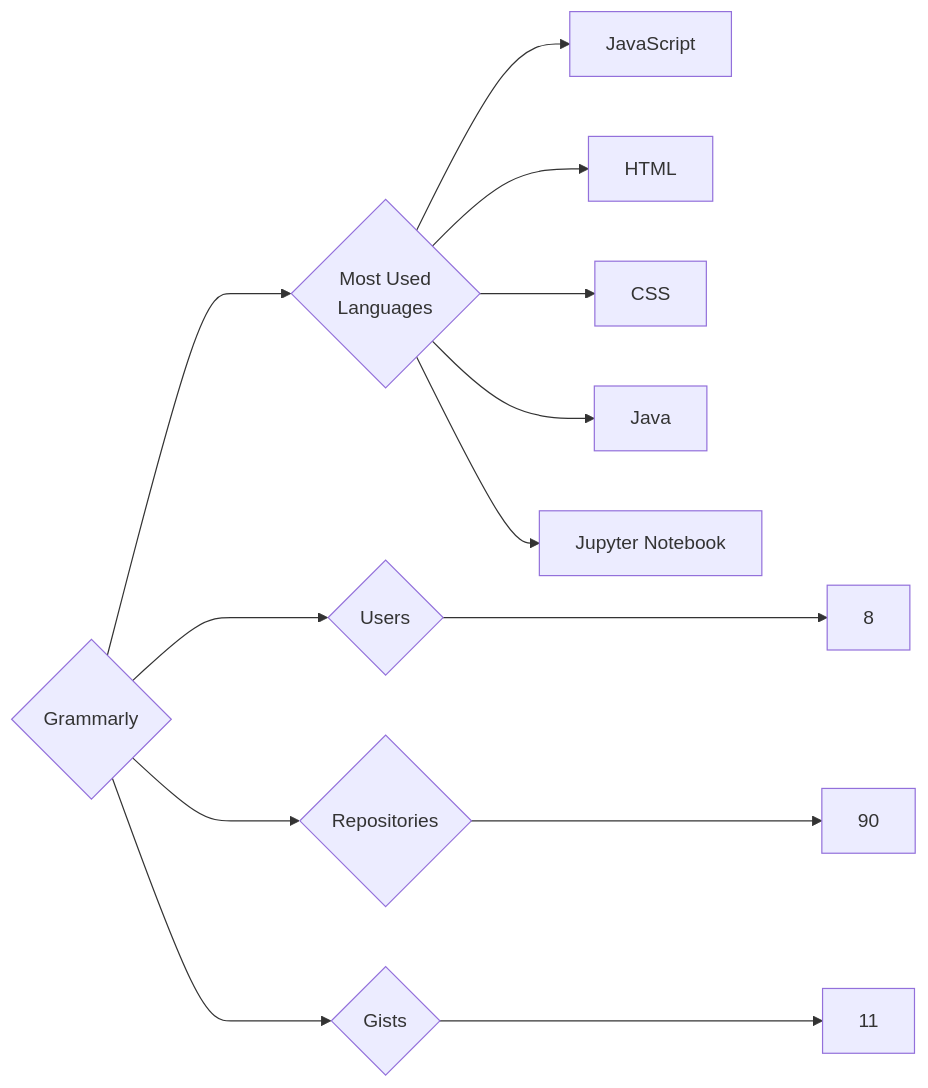
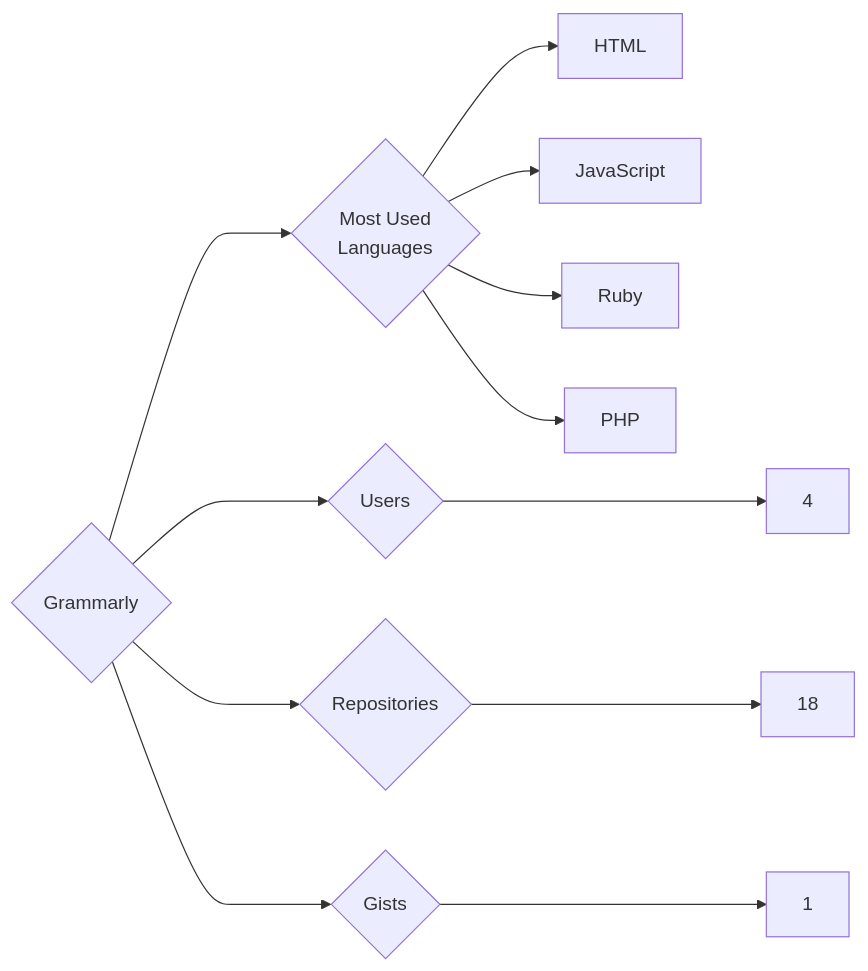
Before and after one commit to trickest/insiders: the diagram in targets/Grammarly/README.md, drawn with Mermaid. The commit also changed 1088 other files, not shown here.

````diff
--- a/targets/Grammarly/README.md
+++ b/targets/Grammarly/README.md
@@ -3,13 +3,12 @@
 ```mermaid
 graph LR
 COMPANY_NAME{Grammarly}
-COMPANY_NAME ---> U{Users} ---> UN[8]
-COMPANY_NAME ---> R{Repositories} ---> RN[90]
-COMPANY_NAME ---> G{Gists} ---> GN[11]
+COMPANY_NAME ---> U{Users} ---> UN[4]
+COMPANY_NAME ---> R{Repositories} ---> RN[18]
+COMPANY_NAME ---> G{Gists} ---> GN[1]
 COMPANY_NAME ---> ML{Most Used<br>Languages}
+ML --> HTML[HTML]
 ML --> JavaScript[JavaScript]
-ML --> HTML[HTML]
-ML --> CSS[CSS]
-ML --> Java[Java]
-ML --> Jupyter_Notebook[Jupyter Notebook]
+ML --> Ruby[Ruby]
+ML --> PHP[PHP]
 ```
````
